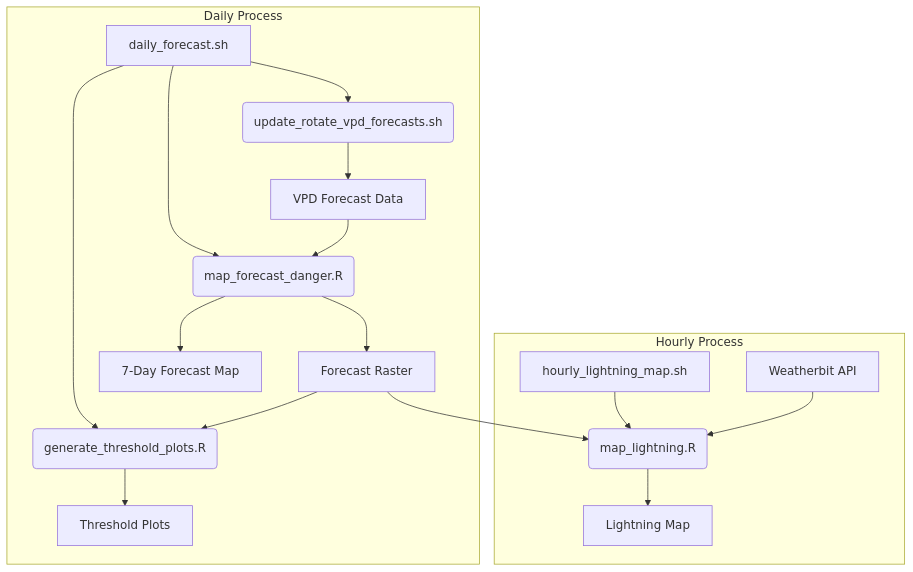
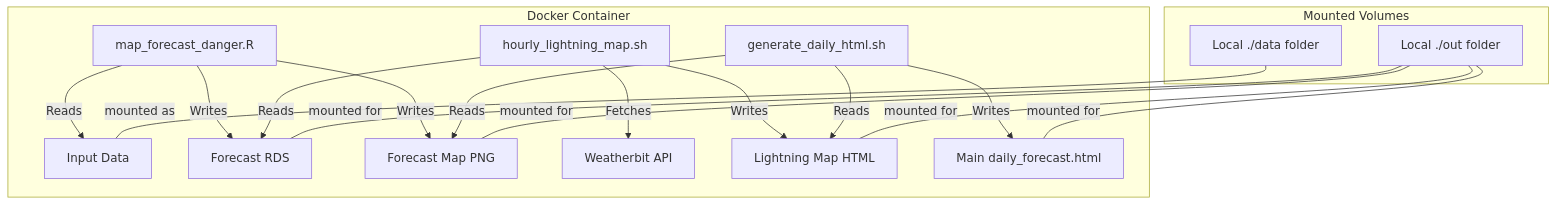
The diagram in README.md (shuysman/climate-wildfire-ecoregions), drawn with Mermaid before and after one commit. The commit also changed other lines of this file, not shown here.

Commit message:
update readme with docker instructions

````diff
--- a/README.md
+++ b/README.md
@@ -87,21 +64,24 @@
 ```mermaid
 graph TD
-    subgraph Daily Process
-        A[daily_forecast.sh] --> B(update_rotate_vpd_forecasts.sh);
-        B --> C[VPD Forecast Data];
-        A --> D(map_forecast_danger.R);
-        C --> D;
-        D --> E[Forecast Raster];
-        D --> F[7-Day Forecast Map];
-        A --> G(generate_threshold_plots.R);
-        E --> G;
-        G --> H[Threshold Plots];
+    subgraph "Docker Container"
+        A[map_forecast_danger.R] -- Reads --> B[Input Data];
+        A -- Writes --> C[Forecast RDS];
+        A -- Writes --> D[Forecast Map PNG];
+
+        E[hourly_lightning_map.sh] -- Reads --> C;
+        E -- Fetches --> F[Weatherbit API];
+        E -- Writes --> G[Lightning Map HTML];
+
+        H[generate_daily_html.sh] -- Reads --> D;
+        H -- Reads --> G;
+        H -- Writes --> I[Main daily_forecast.html];
     end
 
-    subgraph Hourly Process
-        I[hourly_lightning_map.sh] --> J(map_lightning.R);
-        E --> J;
-        K[Weatherbit API] --> J;
-        J --> L[Lightning Map];
+    subgraph "Mounted Volumes"
+        J[Local ./data folder] -- mounted as --- B;
+        K[Local ./out folder] -- mounted for --- C;
+        K -- mounted for --- D;
+        K -- mounted for --- G;
+        K -- mounted for --- I;
     end
 ```
````
